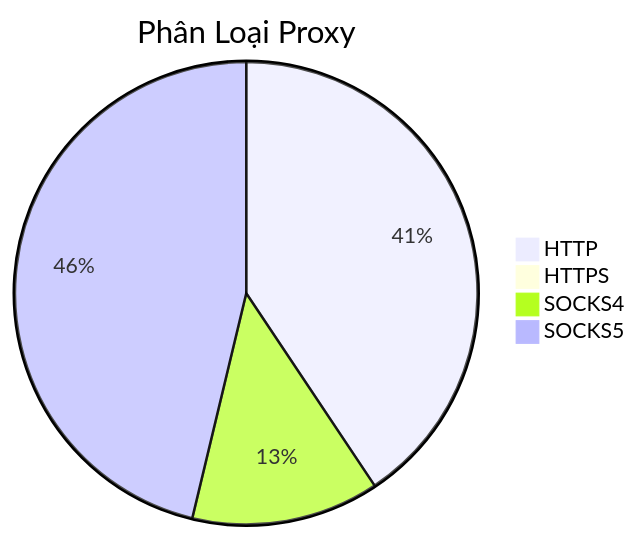
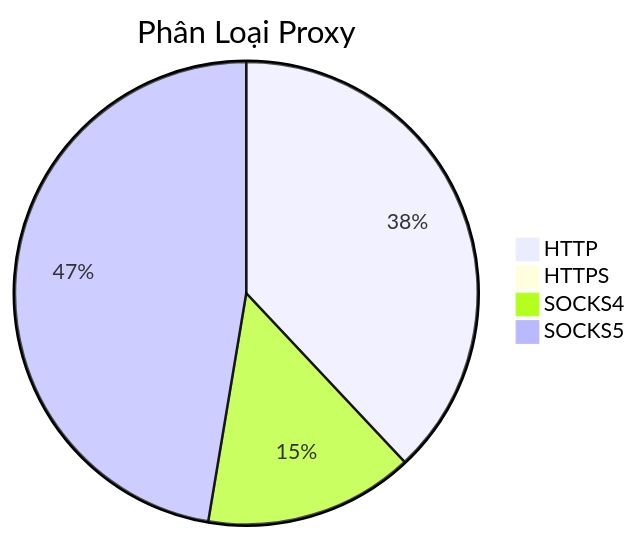
One commit to Ciara-12/PROXY-free changed the diagram in README.md. Above: the diagram before and after it, drawn with Mermaid. The commit also changed other lines of this file and 4 other files, not shown here.

````diff
--- a/README.md
+++ b/README.md
@@ -26,7 +26,7 @@
 ```mermaid
 pie title Phân Loại Proxy
-    "HTTP" : 1664
-    "HTTPS" : 1
-    "SOCKS4" : 537
-    "SOCKS5" : 1894
+    "HTTP" : 1286
+    "HTTPS" : 0
+    "SOCKS4" : 495
+    "SOCKS5" : 1603
 ```
````
